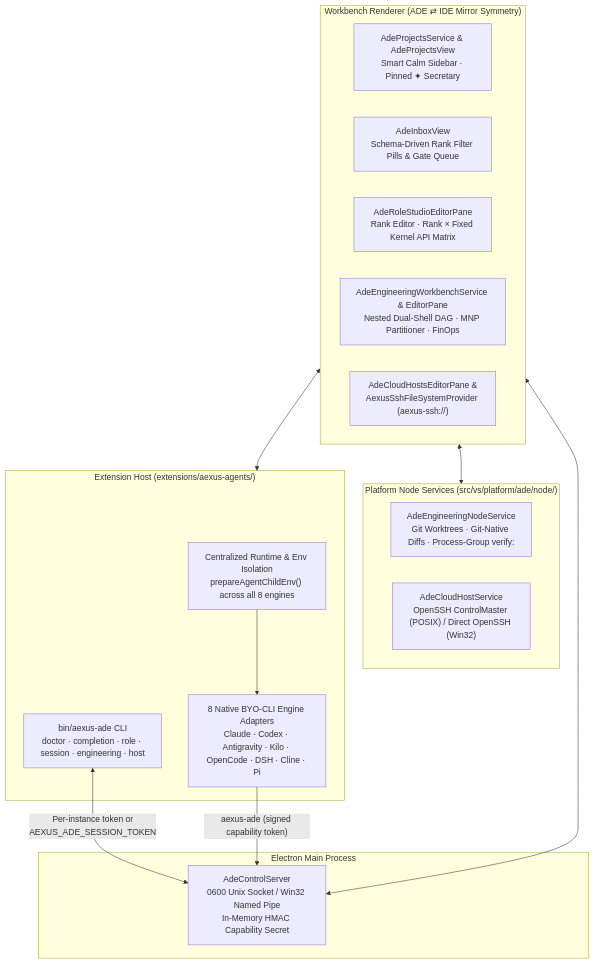
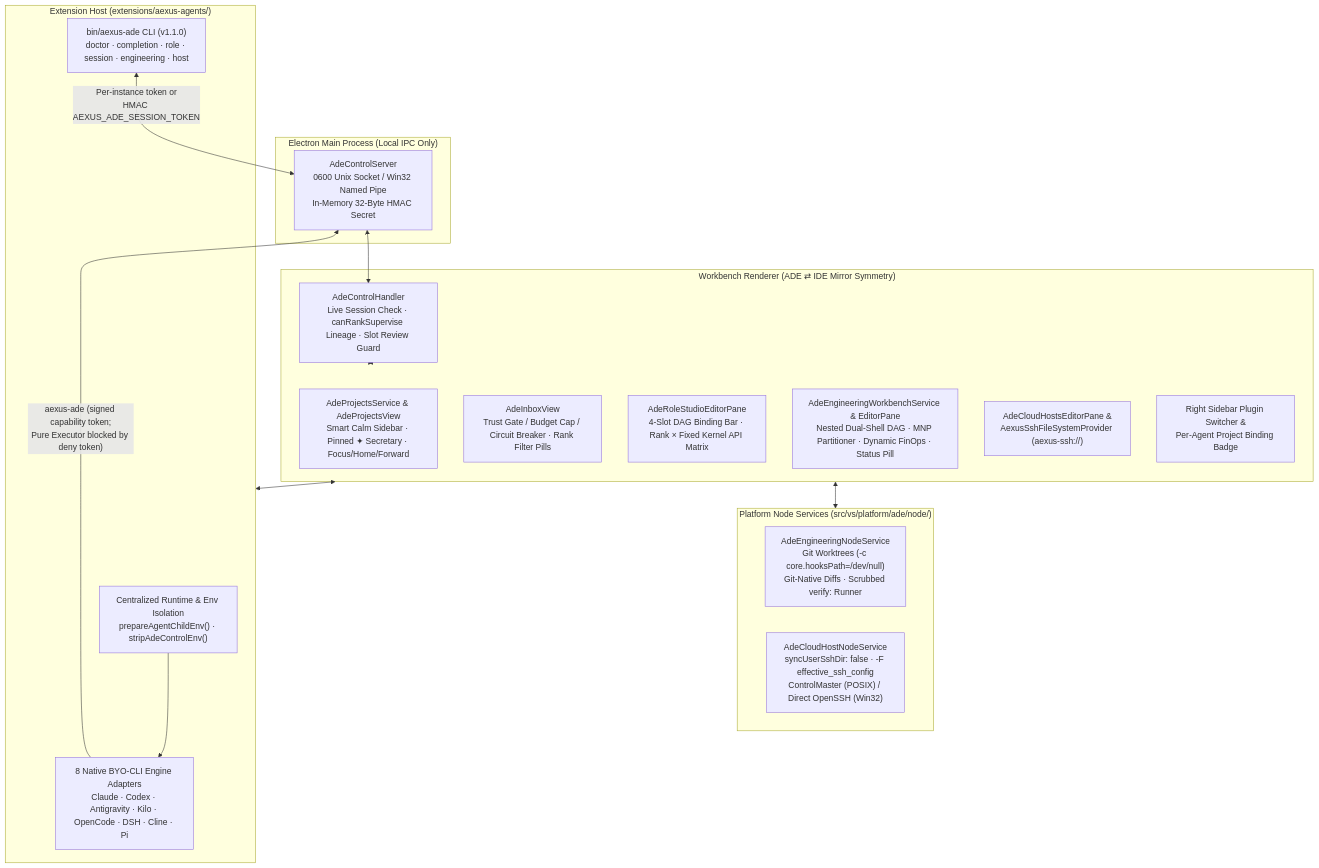
The first of 2 diagrams in docs/ARCHITECTURE.md (Daijunfan/Aexus-Code), drawn with Mermaid before and after one commit. The commit also changed other lines of this file and 18 other files, not shown here.

Commit message:
docs,ci: sync blueprints, add Mermaid diagrams, harden CI/release, Linux desktop & honest v1.1.0 docs

````diff
--- a/docs/ARCHITECTURE.md
+++ b/docs/ARCHITECTURE.md
@@ -9,32 +12,35 @@
 ```mermaid
 flowchart TB
-    subgraph Main["Electron Main Process"]
-        CS["AdeControlServer<br/>0600 Unix Socket / Win32 Named Pipe<br/>In-Memory HMAC Capability Secret"]
+    subgraph Main["Electron Main Process (Local IPC Only)"]
+        CS["AdeControlServer<br/>0600 Unix Socket / Win32 Named Pipe<br/>In-Memory 32-Byte HMAC Secret"]
     end
 
     subgraph Workbench["Workbench Renderer (ADE ⇄ IDE Mirror Symmetry)"]
-        PROJ["AdeProjectsService &amp; AdeProjectsView<br/>Smart Calm Sidebar · Pinned ✦ Secretary"]
-        INBOX["AdeInboxView<br/>Schema-Driven Rank Filter Pills &amp; Gate Queue"]
-        STUDIO["AdeRoleStudioEditorPane<br/>Rank Editor · Rank × Fixed Kernel API Matrix"]
-        DAG["AdeEngineeringWorkbenchService &amp; EditorPane<br/>Nested Dual-Shell DAG · MNP Partitioner · FinOps"]
+        PROJ["AdeProjectsService &amp; AdeProjectsView<br/>Smart Calm Sidebar · Pinned ✦ Secretary · Focus/Home/Forward"]
+        INBOX["AdeInboxView<br/>Trust Gate / Budget Cap / Circuit Breaker · Rank Filter Pills"]
+        STUDIO["AdeRoleStudioEditorPane<br/>4-Slot DAG Binding Bar · Rank × Fixed Kernel API Matrix"]
+        DAG["AdeEngineeringWorkbenchService &amp; EditorPane<br/>Nested Dual-Shell DAG · MNP Partitioner · Dynamic FinOps · Status Pill"]
+        RBAC["AdeControlHandler<br/>Live Session Check · canRankSupervise Lineage · Slot Review Guard"]
         SSHUI["AdeCloudHostsEditorPane &amp;<br/>AexusSshFileSystemProvider (aexus-ssh://)"]
+        PLUG["Right Sidebar Plugin Switcher &amp;<br/>Per-Agent Project Binding Badge"]
     end
 
     subgraph NodeServices["Platform Node Services (src/vs/platform/ade/node/)"]
-        ENG["AdeEngineeringNodeService<br/>Git Worktrees · Git-Native Diffs · Process-Group verify:"]
-        CLOUD["AdeCloudHostService<br/>OpenSSH ControlMaster (POSIX) / Direct OpenSSH (Win32)"]
+        ENG["AdeEngineeringNodeService<br/>Git Worktrees (-c core.hooksPath=/dev/null)<br/>Git-Native Diffs · Scrubbed verify: Runner"]
+        CLOUD["AdeCloudHostNodeService<br/>syncUserSshDir: false · -F effective_ssh_config<br/>ControlMaster (POSIX) / Direct OpenSSH (Win32)"]
     end
 
     subgraph ExtHost["Extension Host (extensions/aexus-agents/)"]
-        RT["Centralized Runtime &amp; Env Isolation<br/>prepareAgentChildEnv() across all 8 engines"]
-        CLI["bin/aexus-ade CLI<br/>doctor · completion · role · session · engineering · host"]
+        RT["Centralized Runtime &amp; Env Isolation<br/>prepareAgentChildEnv() · stripAdeControlEnv()"]
+        CLI["bin/aexus-ade CLI (v1.1.0)<br/>doctor · completion · role · session · engineering · host"]
         ENG8["8 Native BYO-CLI Engine Adapters<br/>Claude · Codex · Antigravity · Kilo · OpenCode · DSH · Cline · Pi"]
     end
 
-    CLI <-->|"Per-instance token or<br/>AEXUS_ADE_SESSION_TOKEN"| CS
-    CS <--> Workbench
+    CLI <-->|"Per-instance token or<br/>HMAC AEXUS_ADE_SESSION_TOKEN"| CS
+    CS <--> RBAC
+    RBAC <--> Workbench
     Workbench <--> NodeServices
     Workbench <--> ExtHost
     RT --> ENG8
-    ENG8 -->|"aexus-ade (signed capability token)"| CS
+    ENG8 -->|"aexus-ade (signed capability token;<br/>Pure Executor blocked by deny token)"| CS
 ```
````
